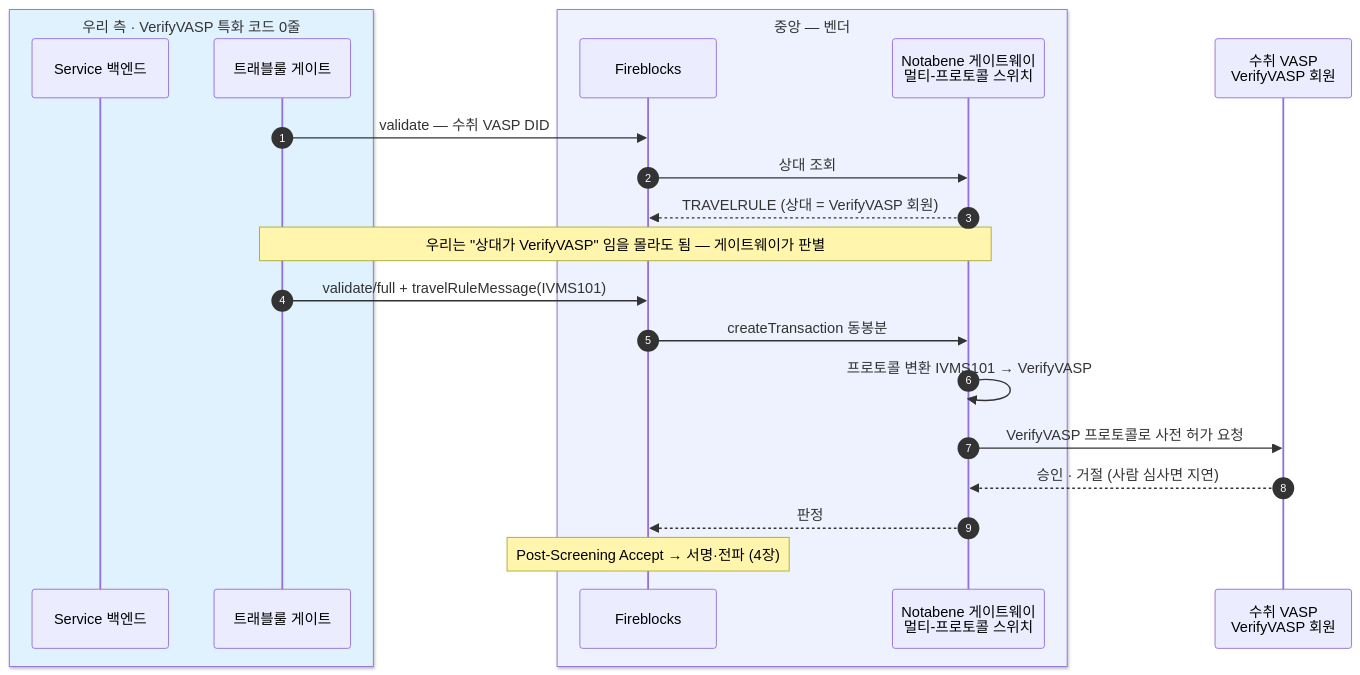
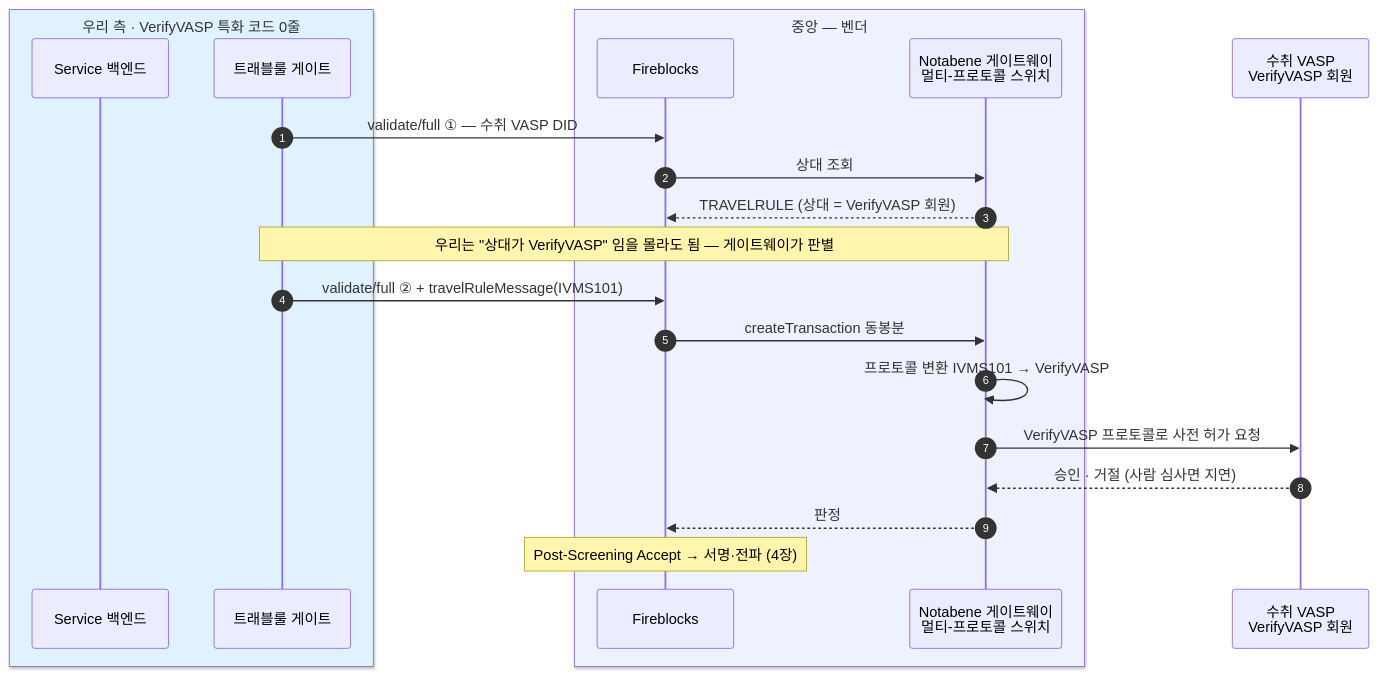
One commit to eunsujeo/eunpus changed the first of 2 diagrams in blockchain-manager/docs/트래블룰/설계/09-gateway-verifyvasp.md. Above: the diagram before and after it, drawn with Mermaid. The commit also changed other lines of this file and 20 other files, not shown here.

Commit message:
컴플라이언스 서비스 문서 신설(범위·인터페이스·API 정본) + 트래블룰 문서 개명·validate/full 통일 + 문서 사이드바 메서드 배지

````diff
--- a/blockchain-manager/docs/트래블룰/설계/09-gateway-verifyvasp.md
+++ b/blockchain-manager/docs/트래블룰/설계/09-gateway-verifyvasp.md
@@ -23,25 +23,25 @@
 ```mermaid
 sequenceDiagram
     autonumber
     box rgb(224,242,254) 우리 측 · VerifyVASP 특화 코드 0줄
     participant BE as Service 백엔드
     participant GT as 트래블룰 게이트
     end
     box rgb(238,242,255) 중앙 — 벤더
     participant FB as Fireblocks
     participant NB as Notabene 게이트웨이<br/>멀티-프로토콜 스위치
     end
     participant RV as 수취 VASP<br/>VerifyVASP 회원
 
-    GT->>FB: validate — 수취 VASP DID
+    GT->>FB: validate/full ① — 수취 VASP DID
     FB->>NB: 상대 조회
     NB-->>FB: TRAVELRULE (상대 = VerifyVASP 회원)
     Note over GT,NB: 우리는 "상대가 VerifyVASP" 임을 몰라도 됨 — 게이트웨이가 판별
-    GT->>FB: validate/full + travelRuleMessage(IVMS101)
+    GT->>FB: validate/full ② + travelRuleMessage(IVMS101)
     FB->>NB: createTransaction 동봉분
     NB->>NB: 프로토콜 변환 IVMS101 → VerifyVASP
     NB->>RV: VerifyVASP 프로토콜로 사전 허가 요청
     RV-->>NB: 승인 · 거절 (사람 심사면 지연)
     NB-->>FB: 판정
     Note over FB: Post-Screening Accept → 서명·전파 (4장)
 ```
````
